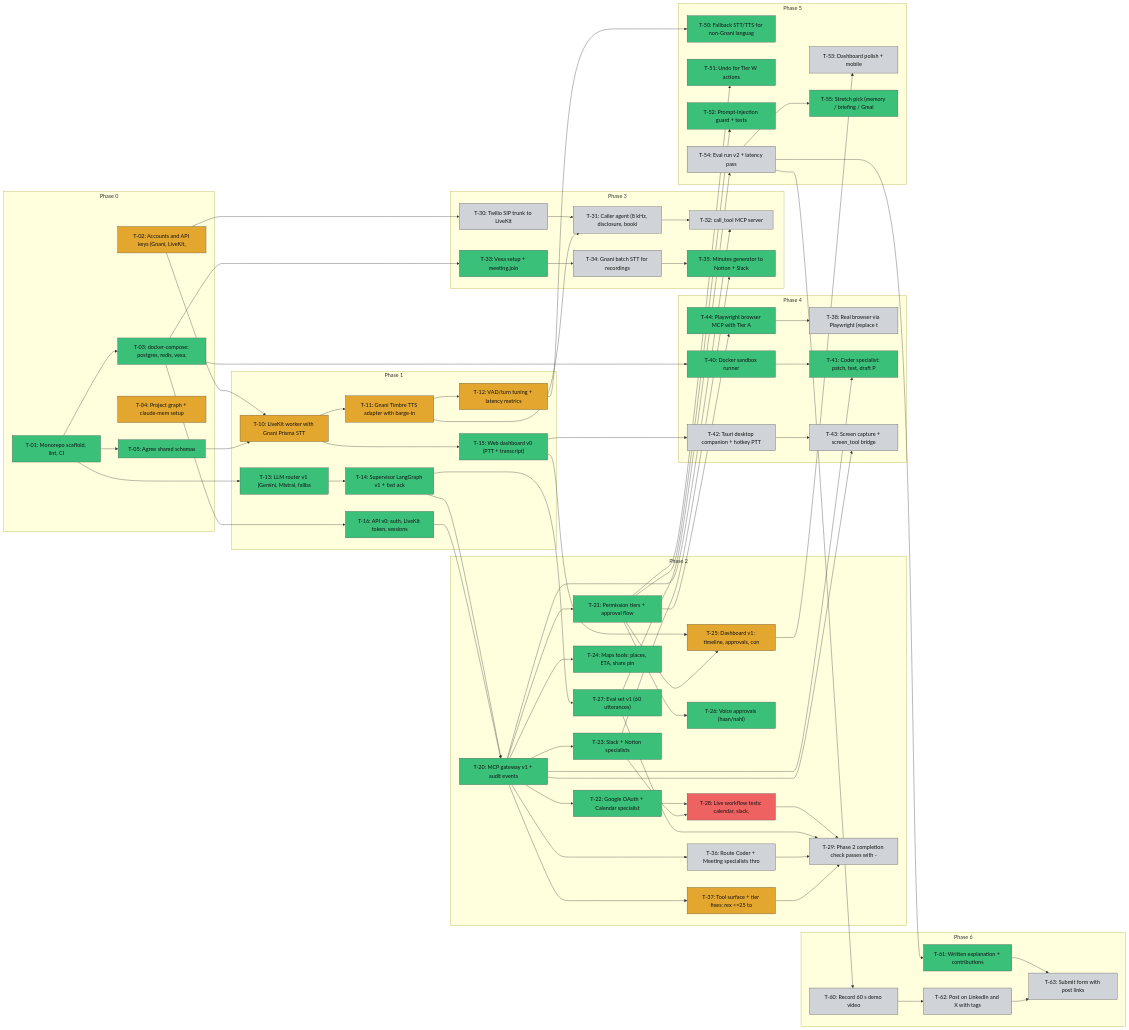
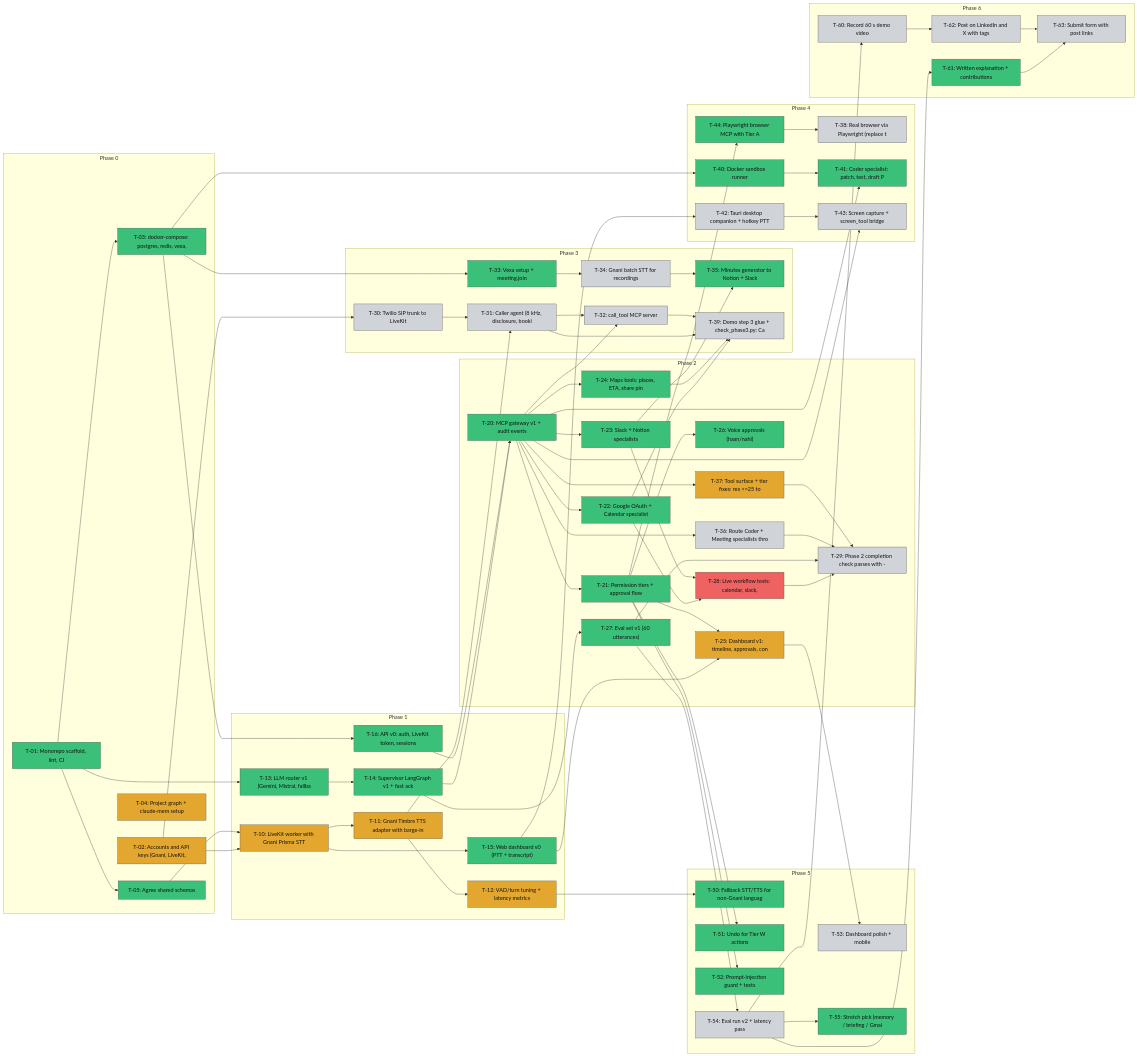
One commit to Joohhnnyyy/Rex changed the diagram in PROGRESS.md. Above: the diagram before and after it, drawn with Mermaid. The commit also changed other lines of this file and 6 other files, not shown here.

Commit message:
plan: Phase 3 (Caller + Meeting) plan, T-39 step-3 glue, D-037 Nemotron backup; progress 59%

```diff
--- a/PROGRESS.md
+++ b/PROGRESS.md
@@ -97,6 +97,7 @@
     T33["T-33: Vexa setup + meeting.join"]:::done
     T34["T-34: Gnani batch STT for recordings"]:::todo
     T35["T-35: Minutes generator to Notion + Slack"]:::done
+    T39["T-39: Demo step 3 glue + check_phase3.py: Ca"]:::todo
   end
   subgraph Phase4["Phase 4"]
     T38["T-38: Real browser via Playwright (replace t"]:::todo
@@ -158,6 +159,10 @@
   T20 --> T36
   T20 --> T37
   T44 --> T38
+  T31 --> T39
+  T32 --> T39
+  T22 --> T39
+  T24 --> T39
   T03 --> T40
   T40 --> T41
   T20 --> T41
```
